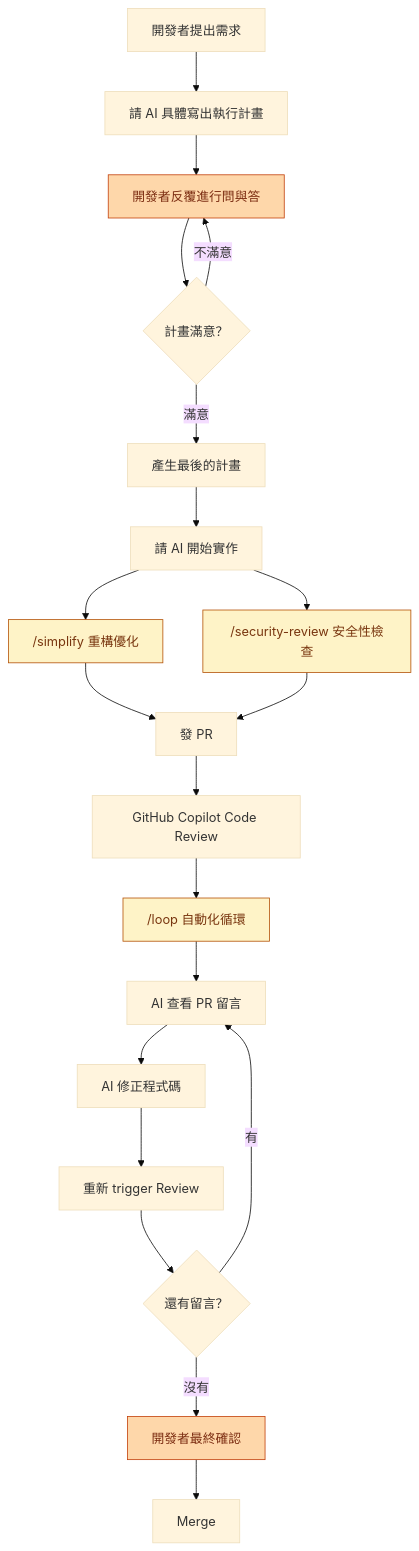
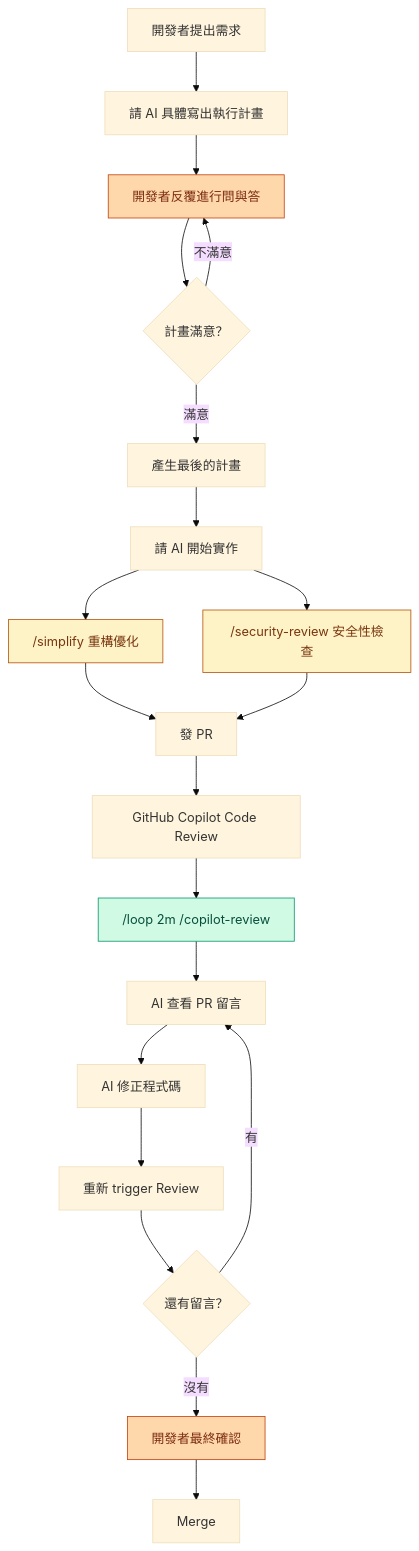
The diagram in content/posts/2026-03-21-ai-driven-development-with-claude-code-and-github-copilot-review.md (appleboy/blog), drawn with Mermaid (base theme) before and after one commit. The commit also changed other lines of this file and 1 other file, not shown here.

First line of the commit message:
docs(posts): add copilot-review skill and PR #125 case study

````diff
--- a/content/posts/2026-03-21-ai-driven-development-with-claude-code-and-github-copilot-review.md
+++ b/content/posts/2026-03-21-ai-driven-development-with-claude-code-and-github-copilot-review.md
@@ -44,28 +46,28 @@
 ```mermaid
 flowchart TD
     A[開發者提出需求] --> B[請 AI 具體寫出執行計畫]
     B --> C[開發者反覆進行問與答]
     C --> D{計畫滿意？}
     D -- 不滿意 --> C
     D -- 滿意 --> E[產生最後的計畫]
     E --> F[請 AI 開始實作]
     F --> G["/simplify 重構優化"]
     F --> H["/security-review 安全性檢查"]
     G --> I[發 PR]
     H --> I
     I --> J[GitHub Copilot Code Review]
-    J --> K["/loop 自動化循環"]
+    J --> K["/loop 2m /copilot-review"]
     K --> L[AI 查看 PR 留言]
     L --> M[AI 修正程式碼]
     M --> N[重新 trigger Review]
     N --> O{還有留言？}
     O -- 有 --> L
     O -- 沒有 --> P[開發者最終確認]
     P --> Q[Merge]
 
     style C fill:#fed7aa,stroke:#c2410c,color:#7c2d12
     style P fill:#fed7aa,stroke:#c2410c,color:#7c2d12
     style G fill:#fef3c7,stroke:#b45309,color:#78350f
     style H fill:#fef3c7,stroke:#b45309,color:#78350f
-    style K fill:#fef3c7,stroke:#b45309,color:#78350f
+    style K fill:#d1fae5,stroke:#059669,color:#064e3b
 ```
````
